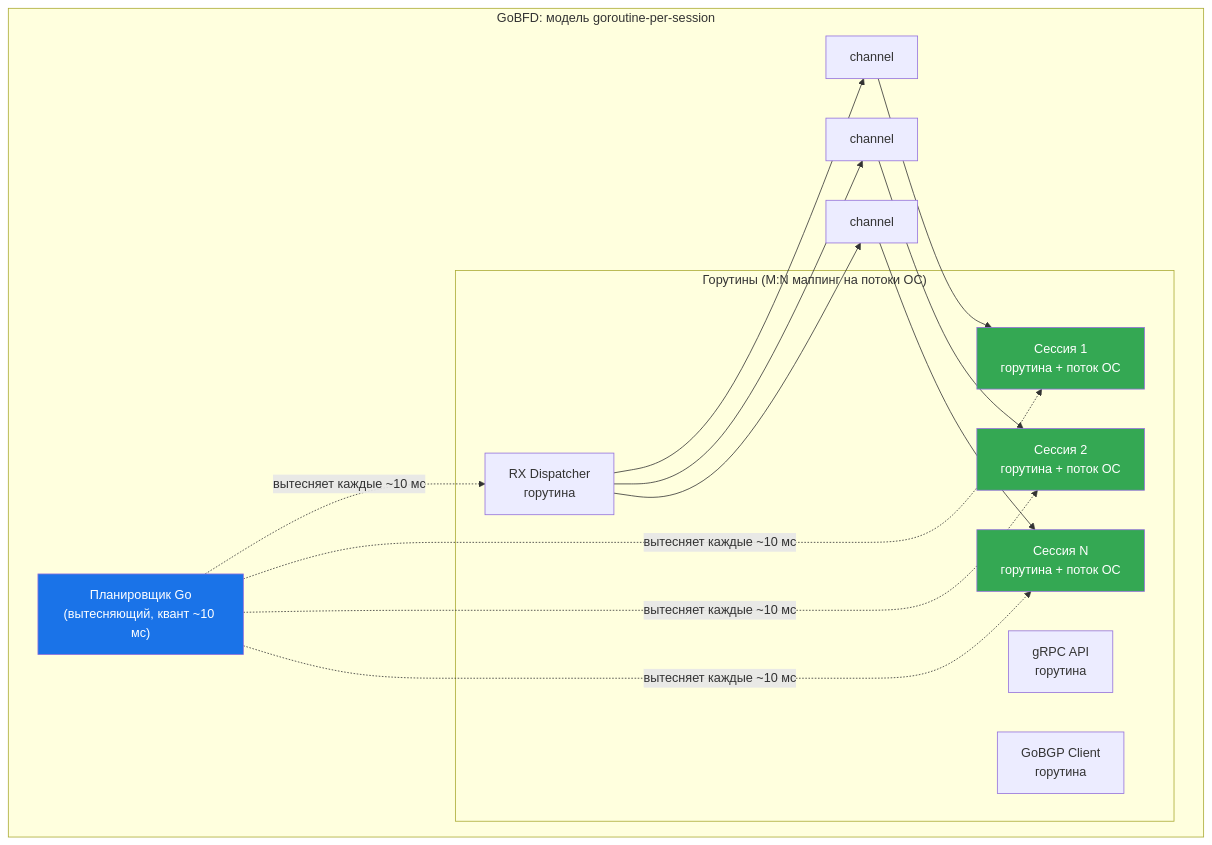
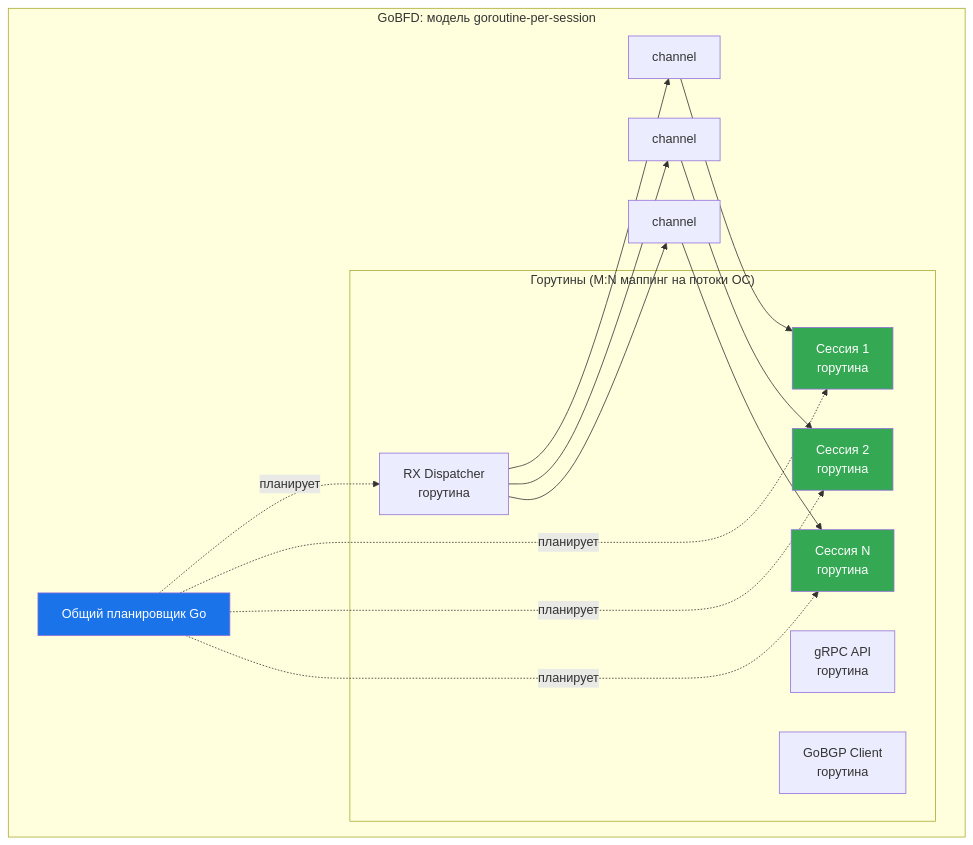
One commit to dantte-lp/gobfd changed the third of 3 diagrams in docs/ru/14-performance-analysis.md. Above: the diagram before and after it, drawn with Mermaid. The commit also changed other lines of this file and 18 other files, not shown here.

````diff
--- a/docs/ru/14-performance-analysis.md
+++ b/docs/ru/14-performance-analysis.md
@@ -250,32 +253,32 @@
 ```mermaid
 graph TB
     subgraph "GoBFD: модель goroutine-per-session"
-        SCHED["Планировщик Go<br/>(вытесняющий, квант ~10 мс)"]
+        SCHED["Общий планировщик Go"]
 
         subgraph "Горутины (M:N маппинг на потоки ОС)"
             RX["RX Dispatcher<br/>горутина"]
-            S1["Сессия 1<br/>горутина + поток ОС"]
-            S2["Сессия 2<br/>горутина + поток ОС"]
-            SN["Сессия N<br/>горутина + поток ОС"]
+            S1["Сессия 1<br/>горутина"]
+            S2["Сессия 2<br/>горутина"]
+            SN["Сессия N<br/>горутина"]
             API["gRPC API<br/>горутина"]
             BGP2["GoBGP Client<br/>горутина"]
         end
 
         CH1["channel"]
         CH2["channel"]
         CHN["channel"]
 
         RX --> CH1 --> S1
         RX --> CH2 --> S2
         RX --> CHN --> SN
-        SCHED -.->|"вытесняет каждые ~10 мс"| RX
-        SCHED -.->|"вытесняет каждые ~10 мс"| S1
-        SCHED -.->|"вытесняет каждые ~10 мс"| S2
-        SCHED -.->|"вытесняет каждые ~10 мс"| SN
+        SCHED -.->|"планирует"| RX
+        SCHED -.->|"планирует"| S1
+        SCHED -.->|"планирует"| S2
+        SCHED -.->|"планирует"| SN
     end
 
     style SCHED fill:#1a73e8,color:#fff
     style S1 fill:#34a853,color:#fff
     style S2 fill:#34a853,color:#fff
     style SN fill:#34a853,color:#fff
 ```
````
